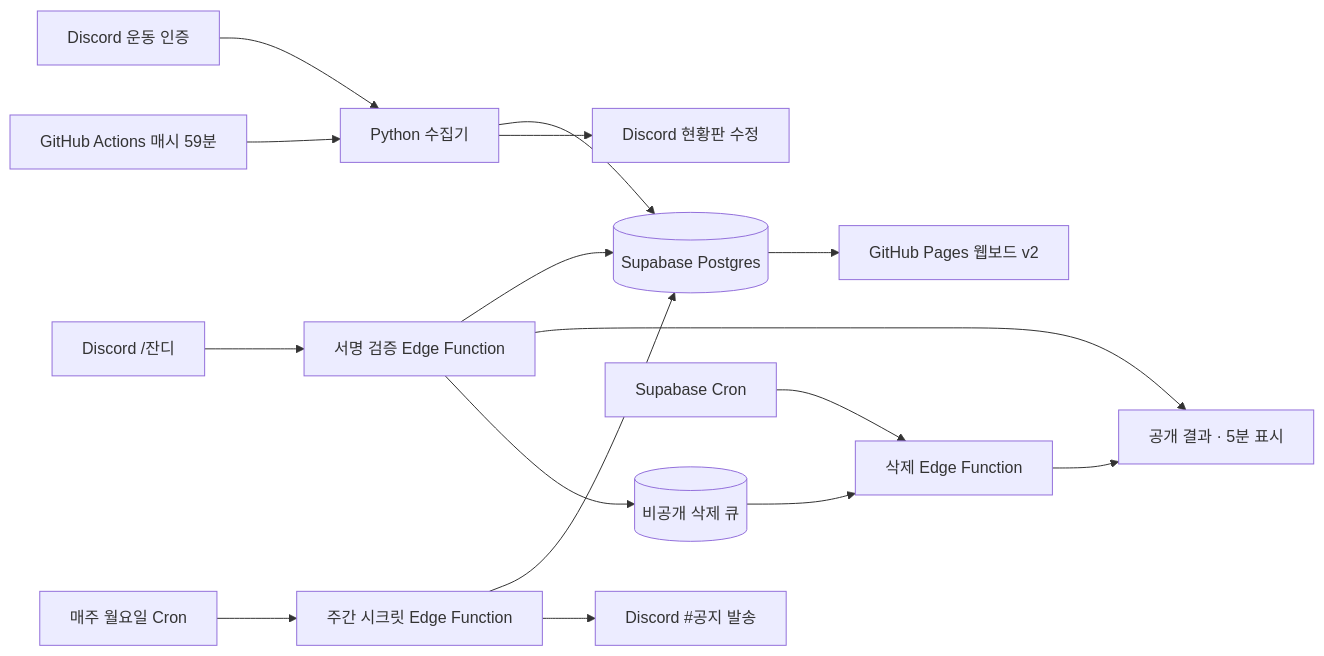
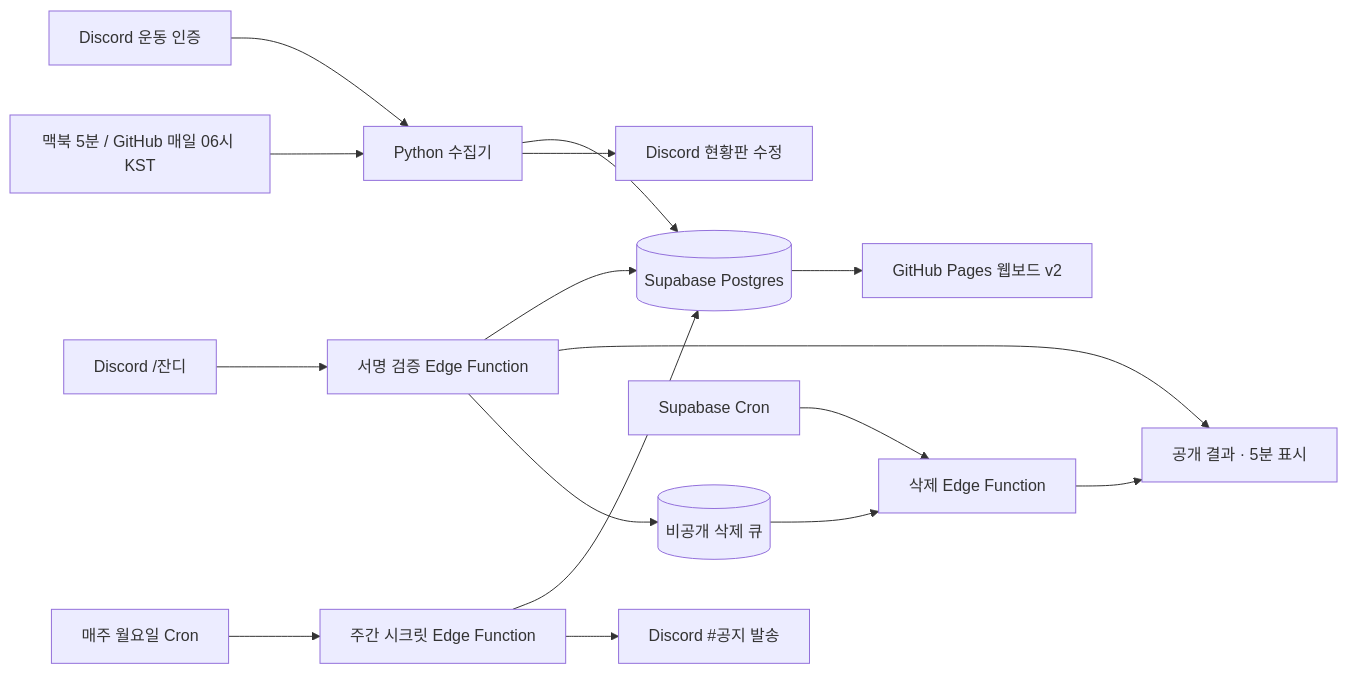
Before and after one commit to jinhoOps/solitary-athlete: the diagram in ARCHITECTURE.md, drawn with Mermaid. The commit also changed other lines of this file and 16 other files, not shown here.

First line of the commit message:
맥북 5분 수집과 GitHub 오전 6시 보조 실행 (#6)

````diff
--- a/ARCHITECTURE.md
+++ b/ARCHITECTURE.md
@@ -55,18 +55,18 @@
 ```mermaid
 flowchart LR
     A[Discord 운동 인증] --> B[Python 수집기]
-    C[GitHub Actions 매시 59분] --> B
+    C[맥북 5분 / GitHub 매일 06시 KST] --> B
     B --> D[(Supabase Postgres)]
     B --> E[Discord 현황판 수정]
     F[Discord /잔디] --> G[서명 검증 Edge Function]
     G --> D
     G --> H[공개 결과 · 5분 표시]
     G --> Q[(비공개 삭제 큐)]
     R[Supabase Cron] --> S[삭제 Edge Function]
     Q --> S
     S --> H
     K[매주 월요일 Cron] --> L[주간 시크릿 Edge Function]
     L --> D
     L --> M[Discord #공지 발송]
     D --> W[GitHub Pages 웹보드 v2]
 ```
````
